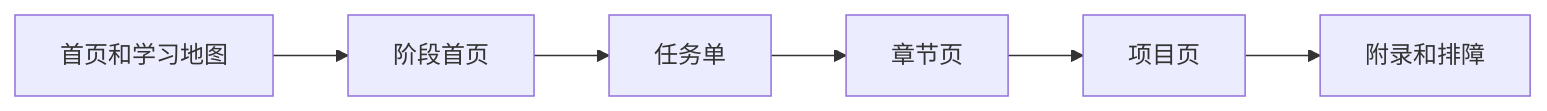
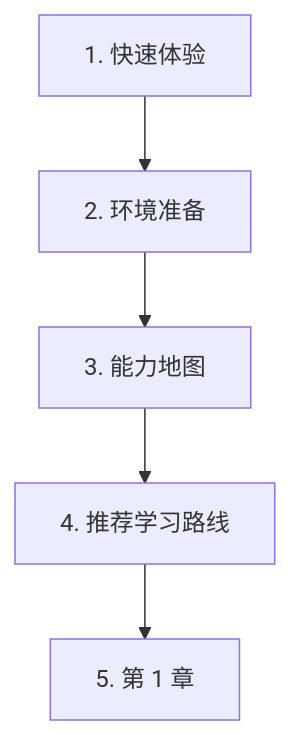
Before and after one commit to oudbiao/AI-fullstack-course: the diagram in i18n/zh-Hans/docusaurus-plugin-content-docs/current/intro/course-page-guide.md, drawn with Mermaid. The commit also changed other lines of this file and 25 other files, not shown here.

Commit message:
Simplify intro flow and merge early task sheets

````diff
--- a/i18n/zh-Hans/docusaurus-plugin-content-docs/current/intro/course-page-guide.md
+++ b/i18n/zh-Hans/docusaurus-plugin-content-docs/current/intro/course-page-guide.md
@@ -14,8 +16,7 @@
 ```mermaid
-flowchart LR
-  A["首页和学习地图"] --> B["阶段首页"]
-  B --> C["任务单"]
-  C --> D["章节页"]
-  D --> E["项目页"]
-  E --> F["附录和排障"]
+flowchart TD
+  A["1. 快速体验"] --> B["2. 环境准备"]
+  B --> C["3. 能力地图"]
+  C --> D["4. 推荐学习路线"]
+  D --> E["5. 第 1 章"]
 ```
````
